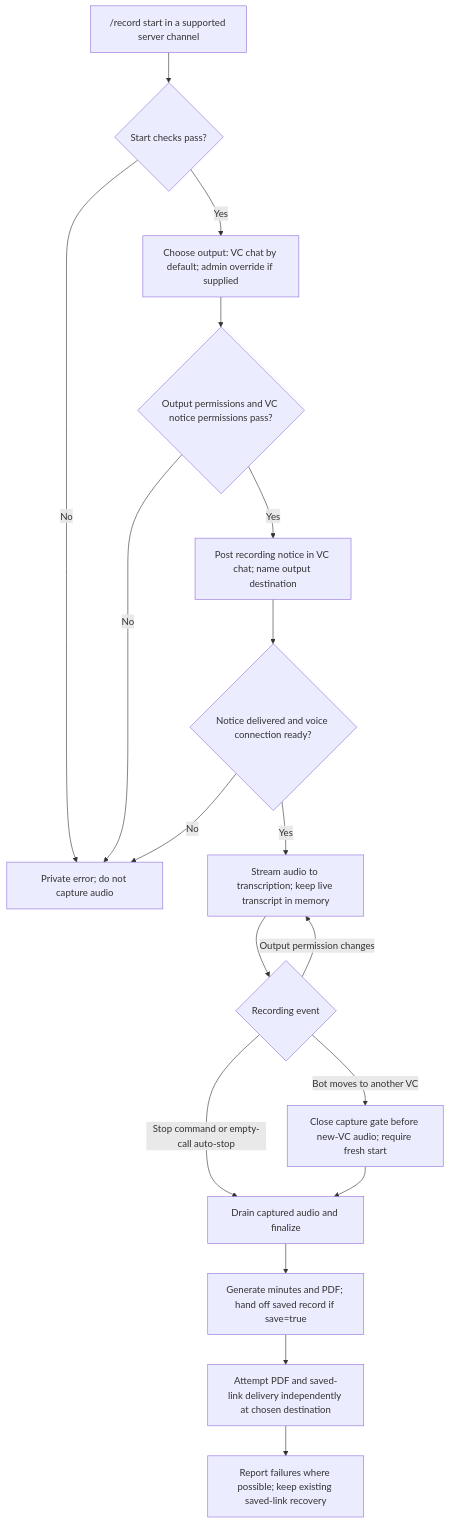
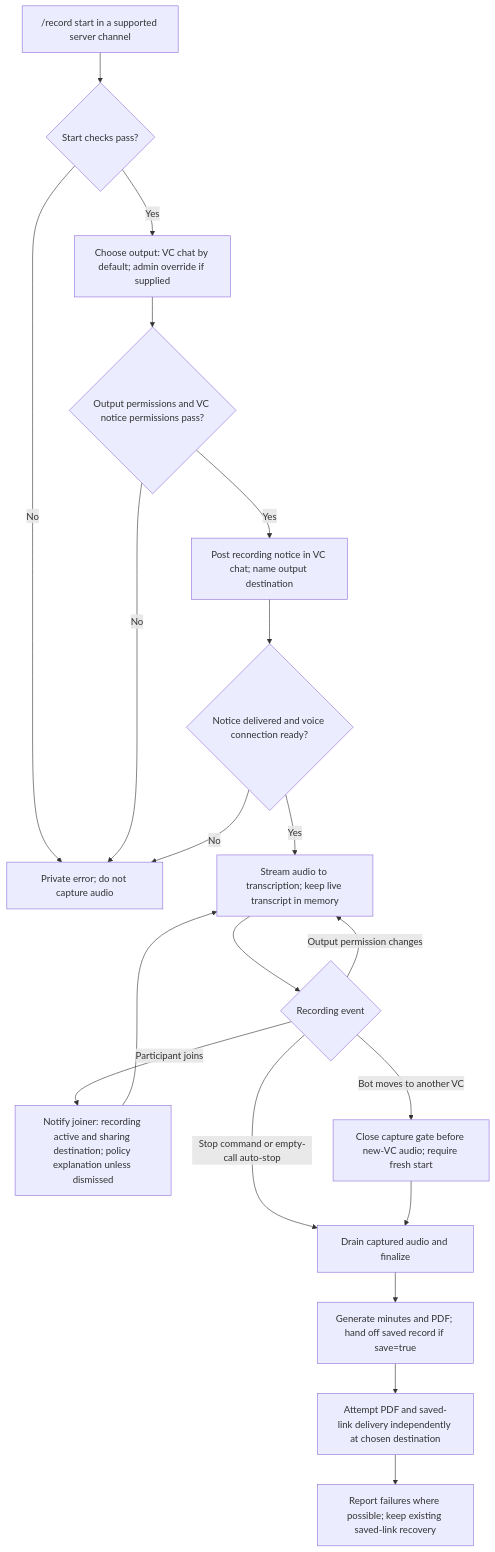
Before and after one commit to UTMIST/Misty: the first of 2 diagrams in docs/meeting-output-access-design.md, drawn with Mermaid. The commit also changed other lines of this file, not shown here.

Commit message:
docs: organize meeting permissions and late-joiner notices

````diff
--- a/docs/meeting-output-access-design.md
+++ b/docs/meeting-output-access-design.md
@@ -11,20 +11,22 @@
 ```mermaid
 flowchart TD
     A["/record start in a supported server channel"] --> B{"Start checks pass?"}
     B -->|No| X["Private error; do not capture audio"]
     B -->|Yes| C["Choose output: VC chat by default; admin override if supplied"]
     C --> D{"Output permissions and VC notice permissions pass?"}
     D -->|No| X
     D -->|Yes| E["Post recording notice in VC chat; name output destination"]
     E --> F{"Notice delivered and voice connection ready?"}
     F -->|No| X
     F -->|Yes| G["Stream audio to transcription; keep live transcript in memory"]
     G --> I{"Recording event"}
+    I -->|"Participant joins"| H["Notify joiner: recording active and sharing destination; policy explanation unless dismissed"]
+    H --> G
     I -->|"Output permission changes"| G
     I -->|"Stop command or empty-call auto-stop"| J["Drain captured audio and finalize"]
     I -->|"Bot moves to another VC"| K["Close capture gate before new-VC audio; require fresh start"]
     K --> J
     J --> L["Generate minutes and PDF; hand off saved record if save=true"]
     L --> M["Attempt PDF and saved-link delivery independently at chosen destination"]
     M --> N["Report failures where possible; keep existing saved-link recovery"]
 ```
````
